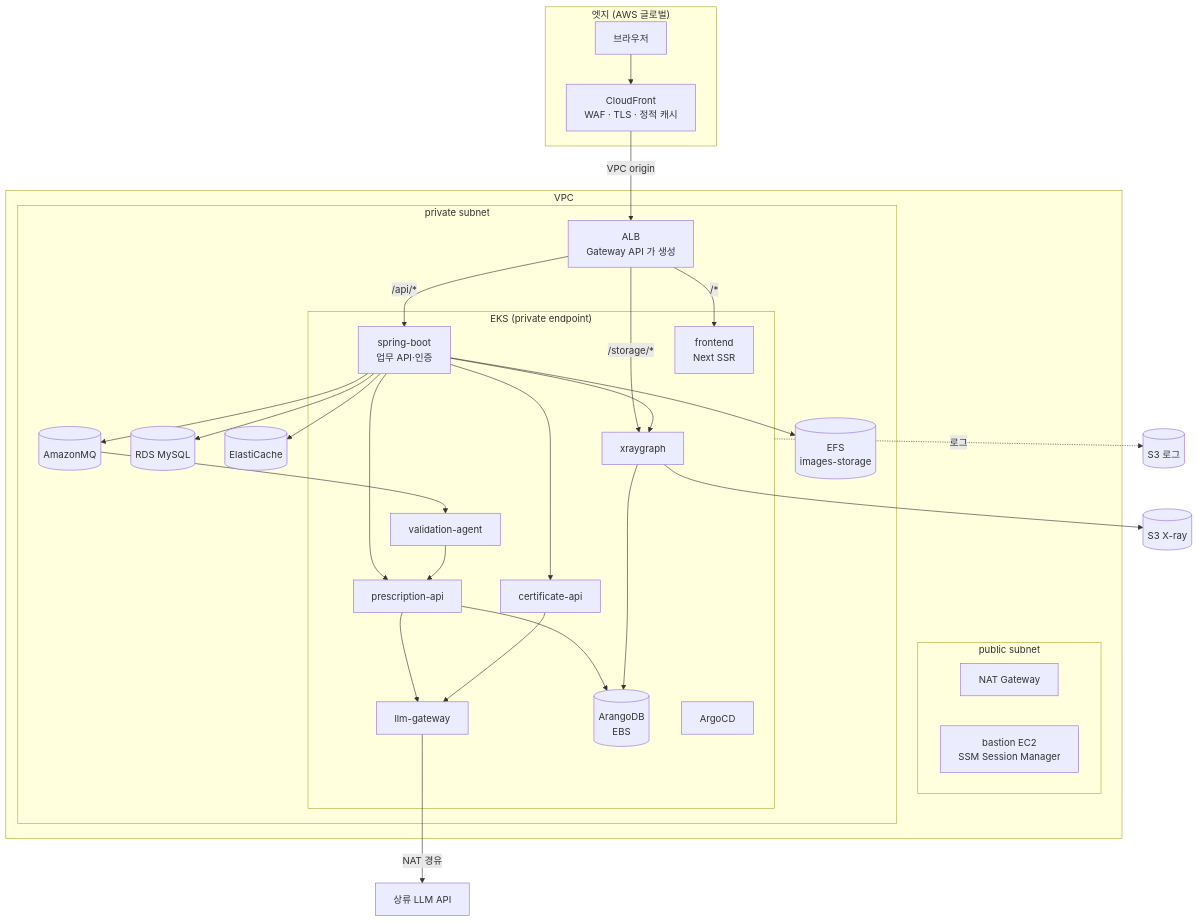
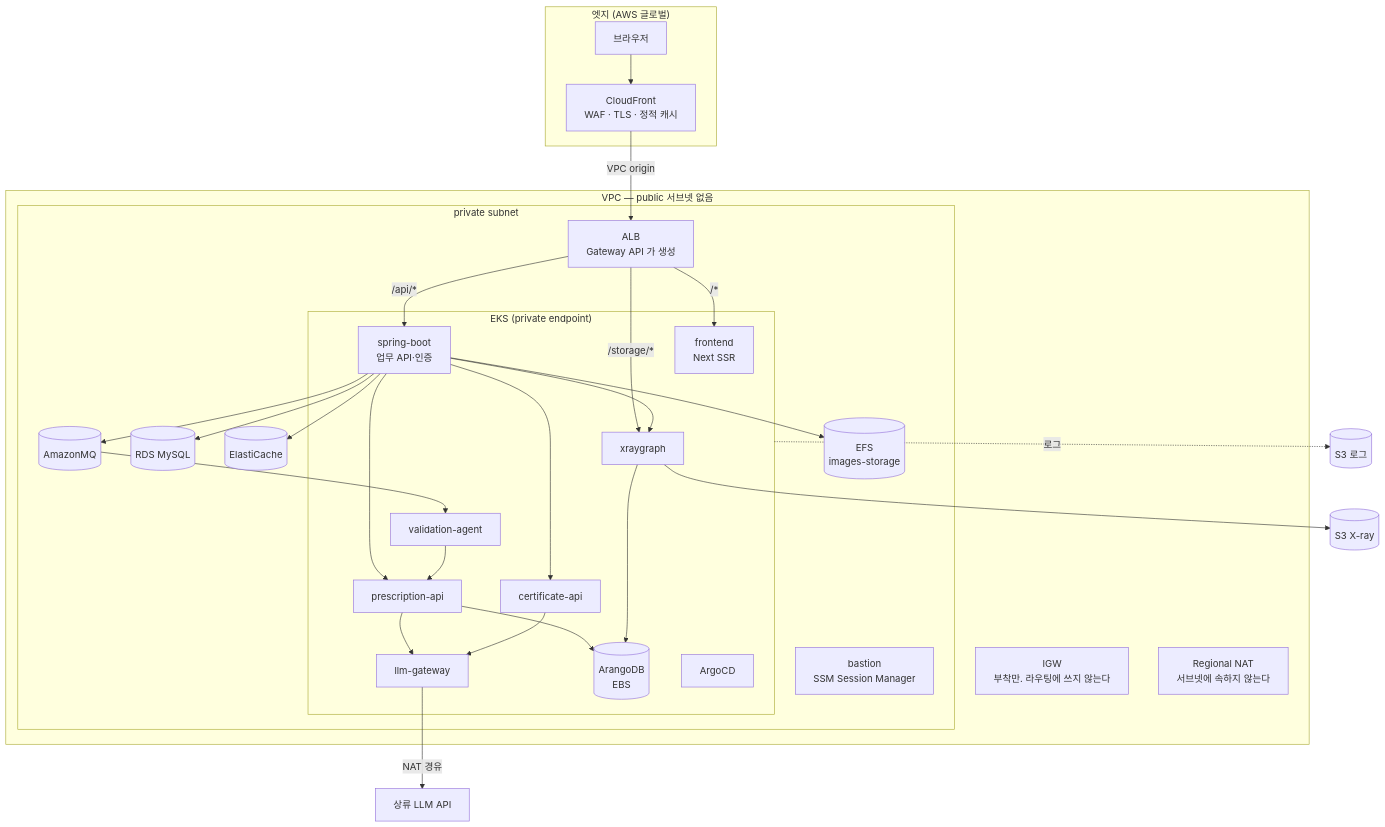
Before and after one commit to kjbddo/bitcomputer-emr: the first of 7 diagrams in Docs/11-target-architecture.md, drawn with Mermaid. The commit also changed other lines of this file and 1 other file, not shown here.

First line of the commit message:
docs: private-only VPC 로 바꾸고 웹으로 확인한 사실 넷을 반영한다

````diff
--- a/Docs/11-target-architecture.md
+++ b/Docs/11-target-architecture.md
@@ -14,64 +14,63 @@
 ```mermaid
 flowchart TB
   subgraph edge["엣지 (AWS 글로벌)"]
     U["브라우저"]
     CF["CloudFront<br/>WAF · TLS · 정적 캐시"]
   end
 
-  subgraph vpc["VPC"]
-    subgraph pub["public subnet"]
-      NAT["NAT Gateway"]
-      BAS["bastion EC2<br/>SSM Session Manager"]
-    end
+  subgraph vpc["VPC — public 서브넷 없음"]
+    IGW["IGW<br/>부착만. 라우팅에 쓰지 않는다"]
+    NAT["Regional NAT<br/>서브넷에 속하지 않는다"]
 
     subgraph priv["private subnet"]
+      BAS["bastion<br/>SSM Session Manager"]
       ALB["ALB<br/>Gateway API 가 생성"]
 
       subgraph eks["EKS (private endpoint)"]
         FE["frontend<br/>Next SSR"]
         SB["spring-boot<br/>업무 API·인증"]
         RX["prescription-api"]
         CT["certificate-api"]
         XR["xraygraph"]
         GW["llm-gateway"]
         VA["validation-agent"]
         AR[("ArangoDB<br/>EBS")]
         ARGO["ArgoCD"]
       end
 
       RDS[("RDS MySQL")]
       EC[("ElastiCache")]
       MQ[("AmazonMQ")]
       EFS[("EFS<br/>images-storage")]
     end
   end
 
   S3L[("S3 로그")]
   S3X[("S3 X-ray")]
   LLM["상류 LLM API"]
 
   U --> CF
   CF -->|VPC origin| ALB
   ALB -->|"/*"| FE
   ALB -->|"/api/*"| SB
   ALB -->|"/storage/*"| XR
 
   SB --> RX
   SB --> CT
   SB --> XR
   SB --> RDS
   SB --> EC
   SB --> MQ
   SB --> EFS
 
   MQ --> VA
   VA --> RX
   RX --> AR
   RX --> GW
   CT --> GW
   XR --> AR
   XR --> S3X
   GW -->|NAT 경유| LLM
 
   eks -.로그.-> S3L
 ```
````
